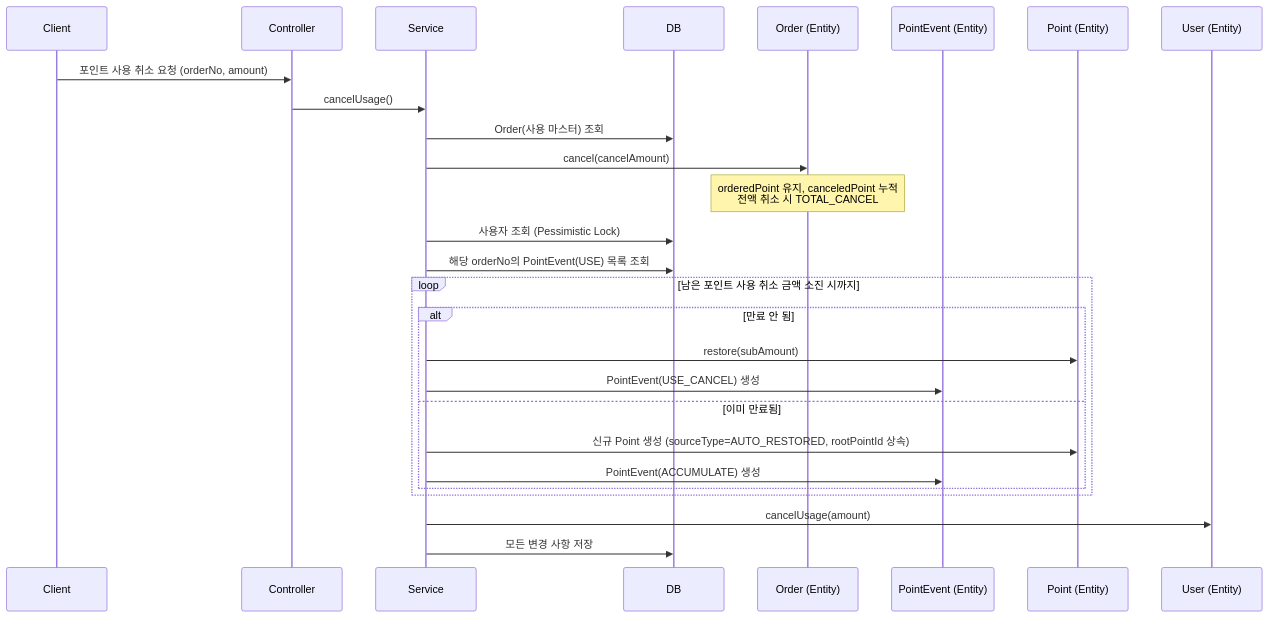
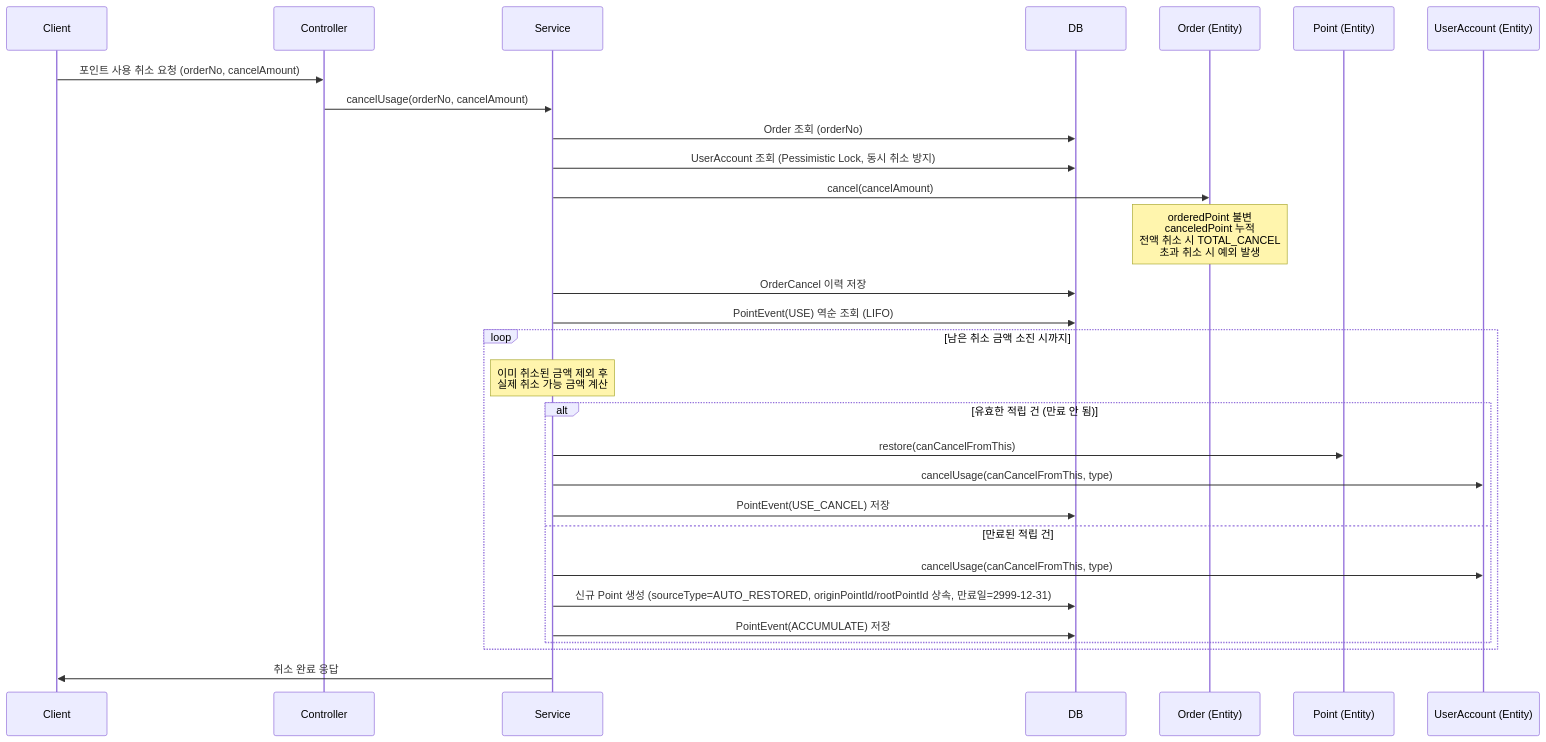
One commit to muzzaiwork/point changed the fifth of 5 diagrams in README.md. Above: the diagram before and after it, drawn with Mermaid. The commit also changed other lines of this file and 2 other files, not shown here.

Commit message:
포인트 사용 취소 API 코드 주석 정리 및 README 문서 수정

````diff
--- a/README.md
+++ b/README.md
@@ -445,30 +445,39 @@
 ```mermaid
 sequenceDiagram
     participant Client
     participant Controller
     participant Service
     participant DB
     participant OrderEntity as Order (Entity)
-    participant EventEntity as PointEvent (Entity)
     participant PointEntity as Point (Entity)
-    participant UserEntity as User (Entity)
+    participant UserEntity as UserAccount (Entity)
 
-    Client->>Controller: 포인트 사용 취소 요청 (orderNo, amount)
-    Controller->>Service: cancelUsage()
-    Service->>DB: Order(사용 마스터) 조회
+    Client->>Controller: 포인트 사용 취소 요청 (orderNo, cancelAmount)
+    Controller->>Service: cancelUsage(orderNo, cancelAmount)
+
+    Service->>DB: Order 조회 (orderNo)
+    Service->>DB: UserAccount 조회 (Pessimistic Lock, 동시 취소 방지)
+
     Service->>OrderEntity: cancel(cancelAmount)
-    Note over OrderEntity: orderedPoint 유지, canceledPoint 누적<br/>전액 취소 시 TOTAL_CANCEL
-    Service->>DB: 사용자 조회 (Pessimistic Lock)
-    Service->>DB: 해당 orderNo의 PointEvent(USE) 목록 조회
-    loop 남은 포인트 사용 취소 금액 소진 시까지
-        alt 만료 안 됨
-            Service->>PointEntity: restore(subAmount)
-            Service->>EventEntity: PointEvent(USE_CANCEL) 생성
-        else 이미 만료됨
-            Service->>PointEntity: 신규 Point 생성 (sourceType=AUTO_RESTORED, rootPointId 상속)
-            Service->>EventEntity: PointEvent(ACCUMULATE) 생성
+    Note over OrderEntity: orderedPoint 불변<br/>canceledPoint 누적<br/>전액 취소 시 TOTAL_CANCEL<br/>초과 취소 시 예외 발생
+
+    Service->>DB: OrderCancel 이력 저장
+
+    Service->>DB: PointEvent(USE) 역순 조회 (LIFO)
+
+    loop 남은 취소 금액 소진 시까지
+        Note over Service: 이미 취소된 금액 제외 후<br/>실제 취소 가능 금액 계산
+
+        alt 유효한 적립 건 (만료 안 됨)
+            Service->>PointEntity: restore(canCancelFromThis)
+            Service->>UserEntity: cancelUsage(canCancelFromThis, type)
+            Service->>DB: PointEvent(USE_CANCEL) 저장
+        else 만료된 적립 건
+            Service->>UserEntity: cancelUsage(canCancelFromThis, type)
+            Service->>DB: 신규 Point 생성 (sourceType=AUTO_RESTORED, originPointId/rootPointId 상속, 만료일=2999-12-31)
+            Service->>DB: PointEvent(ACCUMULATE) 저장
         end
     end
-    Service->>UserEntity: cancelUsage(amount)
-    Service->>DB: 모든 변경 사항 저장
+
+    Service->>Client: 취소 완료 응답
 ```
````
